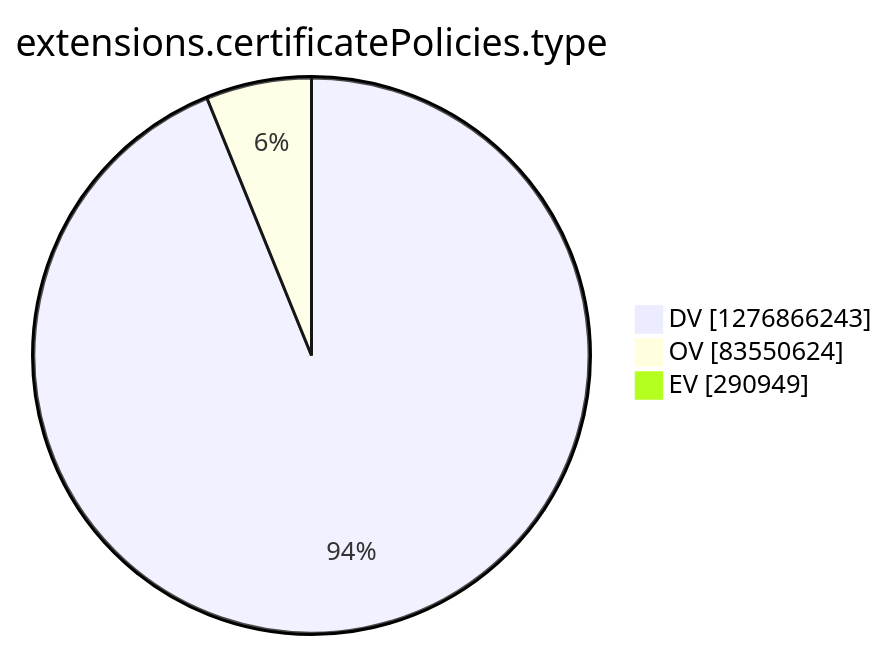
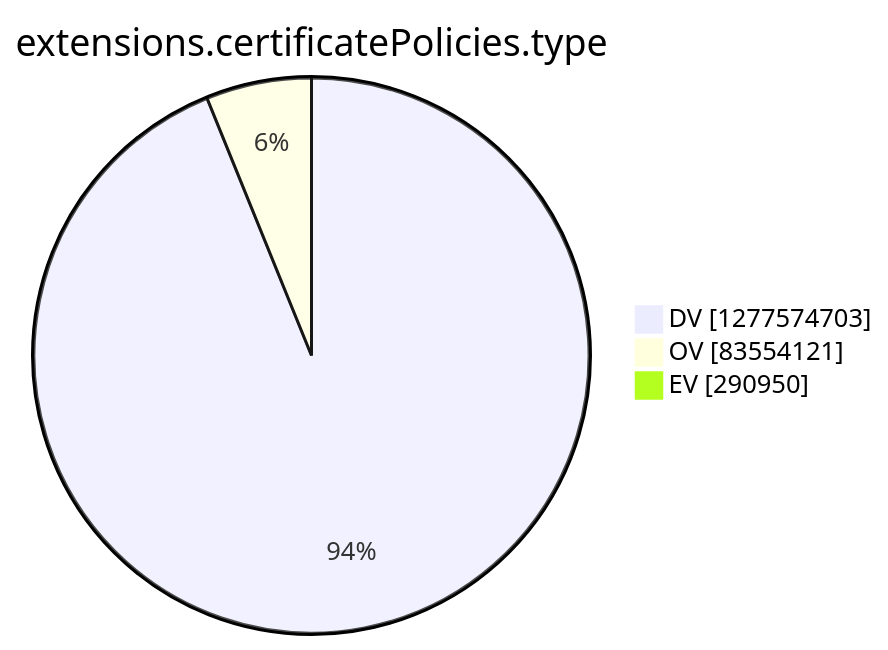
Before and after one commit to christiankrug/ctmonitor_visualization: the tenth of 15 diagrams in argon2022/README.md, drawn with Mermaid. The commit also changed other lines of this file, not shown here.

````diff
--- a/argon2022/README.md
+++ b/argon2022/README.md
@@ -2771,7 +2771,7 @@
 ```mermaid
 pie showData
 title extensions.certificatePolicies.type
-"DV" :1276866243
-"OV" :83550624
-"EV" :290949
+"DV" :1277574703
+"OV" :83554121
+"EV" :290950
 ```
````
